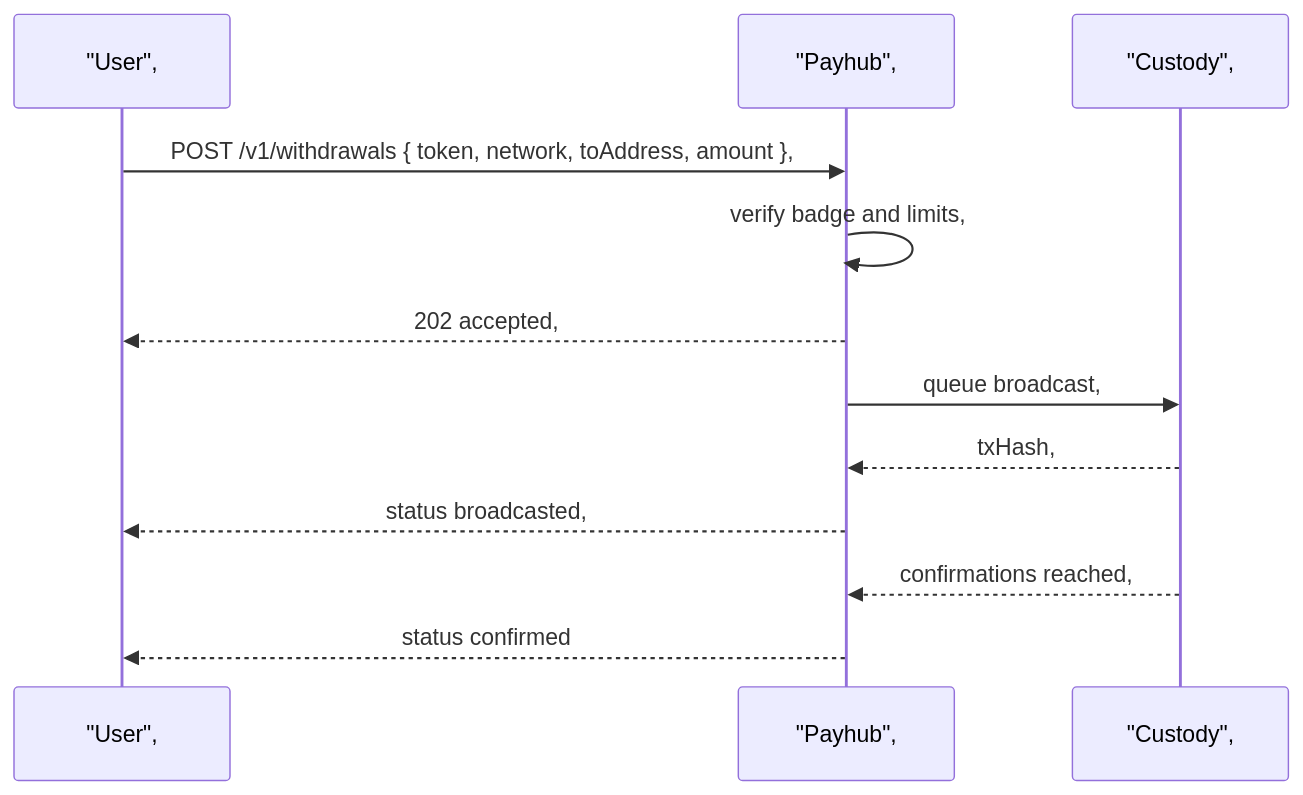
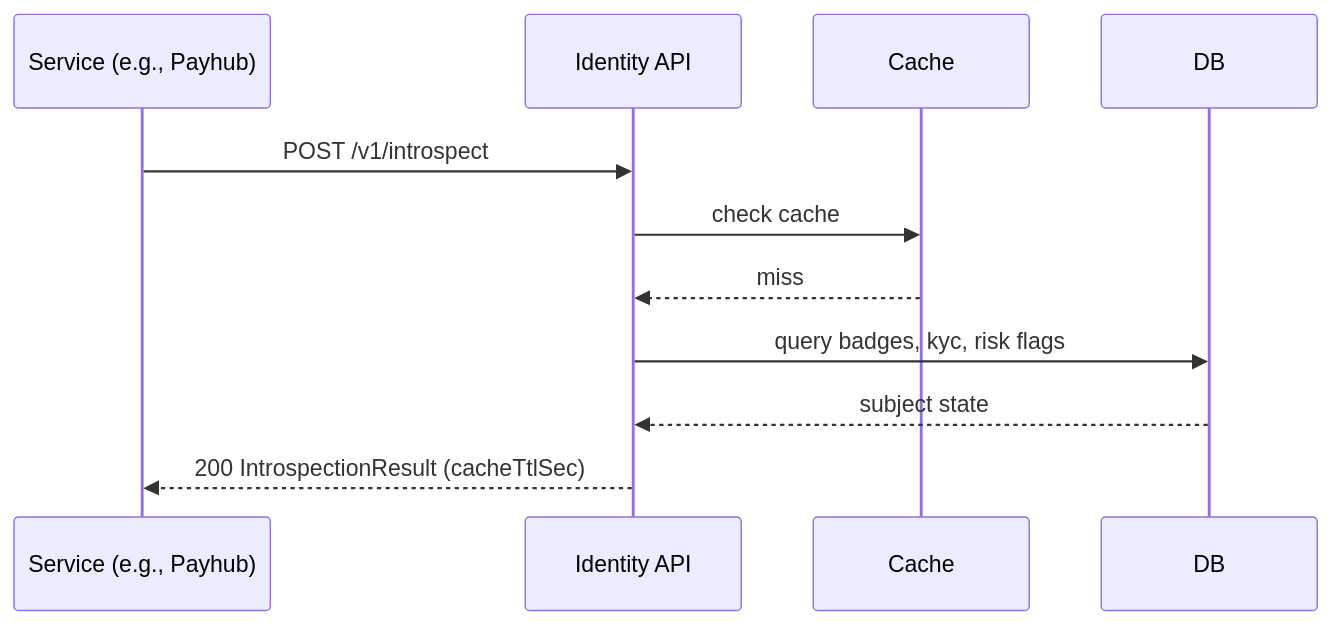
Before and after one commit to bkkac/tg-miniapp-payhub-service: the sixth of 8 diagrams in SystemDesign.md, drawn with Mermaid. The commit also changed other lines of this file, not shown here.

````diff
--- a/SystemDesign.md
+++ b/SystemDesign.md
@@ -758,14 +1068,13 @@
 ```mermaid
 sequenceDiagram
-  participant U as "User",
-  participant PH as "Payhub",
-  participant CU as "Custody",
-  U->>PH: POST /v1/withdrawals { token, network, toAddress, amount },
-  PH->>PH: verify badge and limits,
-  PH-->>U: 202 accepted,
-  PH->>CU: queue broadcast,
-  CU-->>PH: txHash,
-  PH-->>U: status broadcasted,
-  CU-->>PH: confirmations reached,
-  PH-->>U: status confirmed
+  participant S as Service (e.g., Payhub)
+  participant API as Identity API
+  participant C as Cache
+  participant DB as DB
+  S->>API: POST /v1/introspect
+  API->>C: check cache
+  C-->>API: miss
+  API->>DB: query badges, kyc, risk flags
+  DB-->>API: subject state
+  API-->>S: 200 IntrospectionResult (cacheTtlSec)
 ```
````
